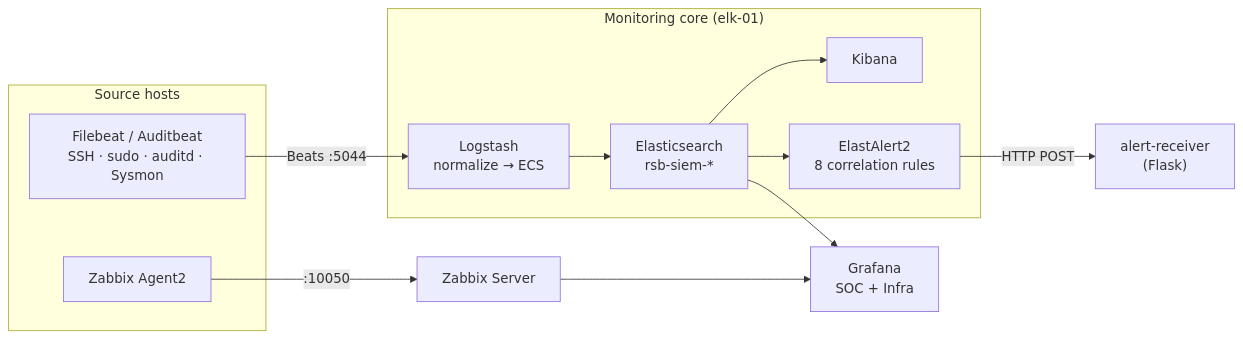
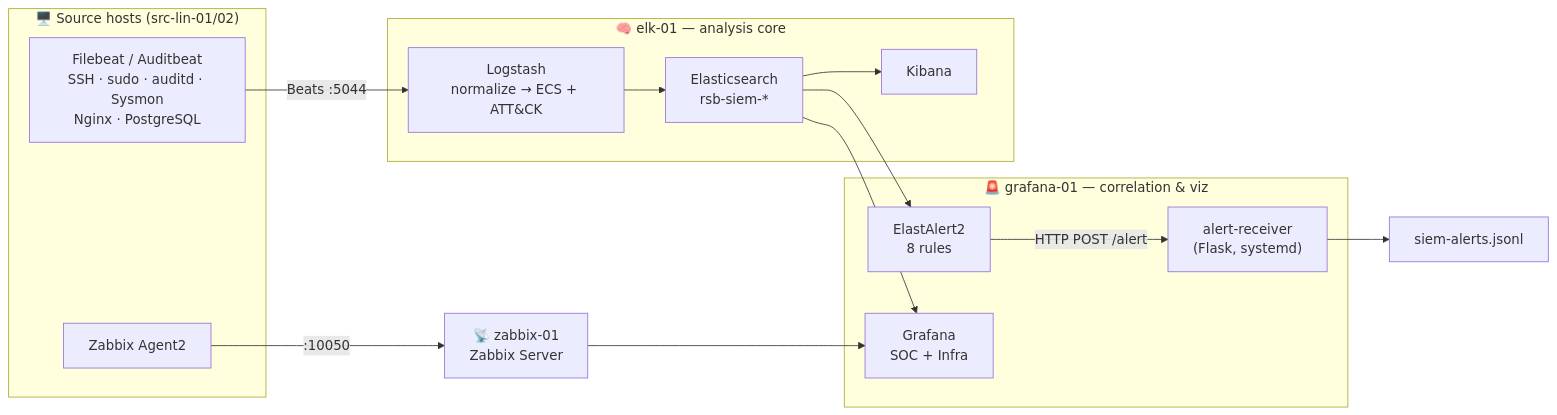
The second of 2 diagrams in README.md (iceicexi00/siem-soc-monitoring), drawn with Mermaid before and after one commit. The commit also changed other lines of this file, not shown here.

````diff
--- a/README.md
+++ b/README.md
@@ -140,22 +267,24 @@
 ```mermaid
 flowchart LR
-    subgraph SRC["Source hosts"]
-        A1["Filebeat / Auditbeat<br/>SSH · sudo · auditd · Sysmon"]
+    subgraph SRC["🖥️ Source hosts (src-lin-01/02)"]
+        A1["Filebeat / Auditbeat<br/>SSH · sudo · auditd · Sysmon<br/>Nginx · PostgreSQL"]
         A2["Zabbix Agent2"]
     end
-    subgraph CORE["Monitoring core (elk-01)"]
-        L["Logstash<br/>normalize → ECS"]
+    subgraph CORE["🧠 elk-01 — analysis core"]
+        L["Logstash<br/>normalize → ECS + ATT&CK"]
         E["Elasticsearch<br/>rsb-siem-*"]
         K["Kibana"]
-        EA["ElastAlert2<br/>8 correlation rules"]
     end
-    Z["Zabbix Server"]
-    R["alert-receiver<br/>(Flask)"]
-    G["Grafana<br/>SOC + Infra"]
+    subgraph RESP["🚨 grafana-01 — correlation & viz"]
+        EA["ElastAlert2<br/>8 rules"]
+        R["alert-receiver<br/>(Flask, systemd)"]
+        G["Grafana<br/>SOC + Infra"]
+    end
+    Z["📡 zabbix-01<br/>Zabbix Server"]
 
     A1 -->|"Beats :5044"| L --> E --> K
-    E --> EA -->|"HTTP POST"| R
+    E --> EA -->|"HTTP POST /alert"| R --> J["siem-alerts.jsonl"]
     A2 -->|":10050"| Z
     E --> G
     Z --> G
 ```
````
